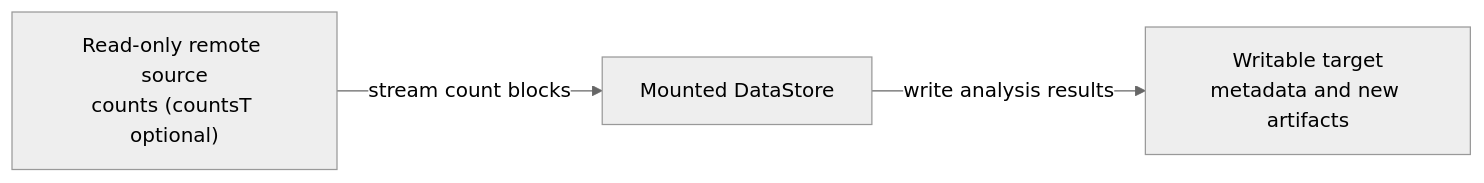
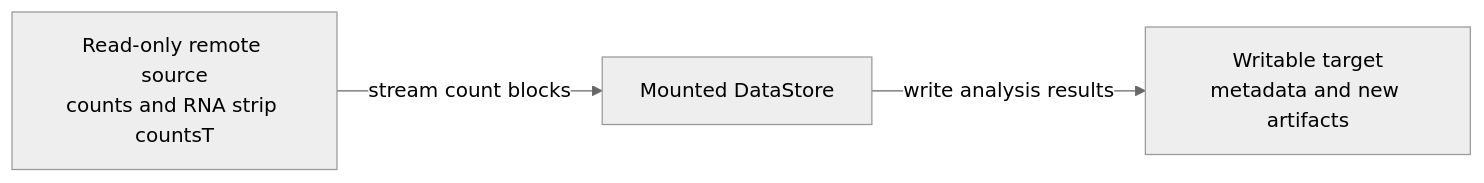
The diagram in docs/source/tutorials/remote_stores.md (NygenAnalytics/scarf), drawn with Mermaid (neutral theme) before and after one commit. The commit also changed other lines of this file and 57 other files, not shown here.

````diff
--- a/docs/source/tutorials/remote_stores.md
+++ b/docs/source/tutorials/remote_stores.md
@@ -120,8 +121,8 @@
 ```{mermaid}
 flowchart LR
-    source["Read-only remote source<br/>counts (countsT optional)"]
+    source["Read-only remote source<br/>counts and RNA strip countsT"]
     mount["Mounted DataStore"]
     target["Writable target<br/>metadata and new artifacts"]
     source -->|stream count blocks| mount
     mount -->|write analysis results| target
 ```
````
